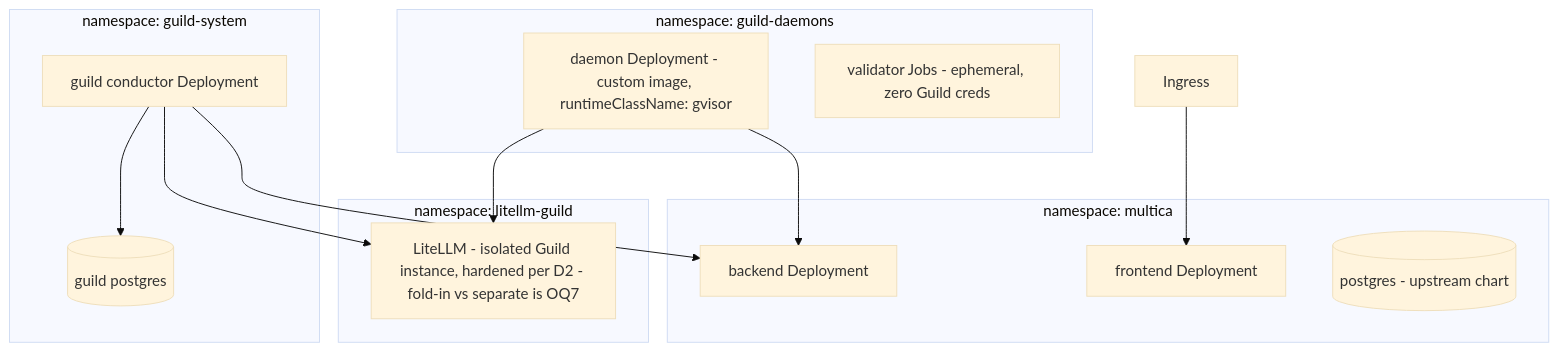
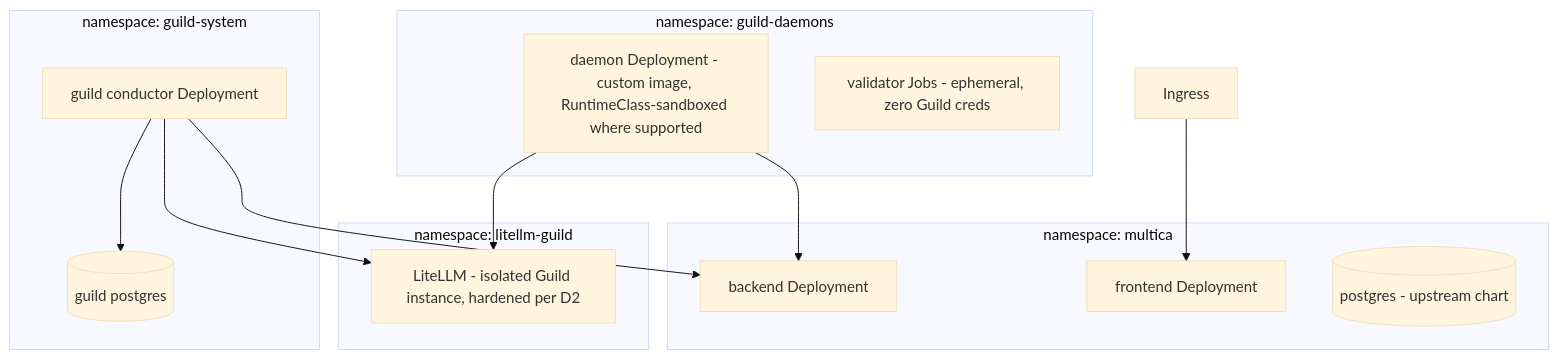
Before and after one commit to maacarbo/guild: the second of 2 diagrams in docs/ARCHITECTURE.md, drawn with Mermaid (base theme). The commit also changed other lines of this file and 9 other files, not shown here.

````diff
--- a/docs/ARCHITECTURE.md
+++ b/docs/ARCHITECTURE.md
@@ -131,25 +132,25 @@
 ```mermaid
 flowchart TB
     subgraph ns1["namespace: multica"]
         BE[backend Deployment]
         FE[frontend Deployment]
         MPG[(postgres - upstream chart)]
     end
     subgraph ns2["namespace: guild-system"]
         GC[guild conductor Deployment]
         GPG[(guild postgres)]
     end
     subgraph ns4["namespace: litellm-guild"]
-        LLM2[LiteLLM - isolated Guild instance, hardened per D2 - fold-in vs separate is OQ7]
+        LLM2[LiteLLM - isolated Guild instance, hardened per D2]
     end
     subgraph ns3["namespace: guild-daemons"]
-        D1[daemon Deployment - custom image, runtimeClassName: gvisor]
+        D1[daemon Deployment - custom image, RuntimeClass-sandboxed where supported]
         VJ[validator Jobs - ephemeral, zero Guild creds]
     end
     ING[Ingress] --> FE
     GC --> BE
     D1 --> BE
     D1 --> LLM2
     GC --> LLM2
     GC --> GPG
 ```
````
